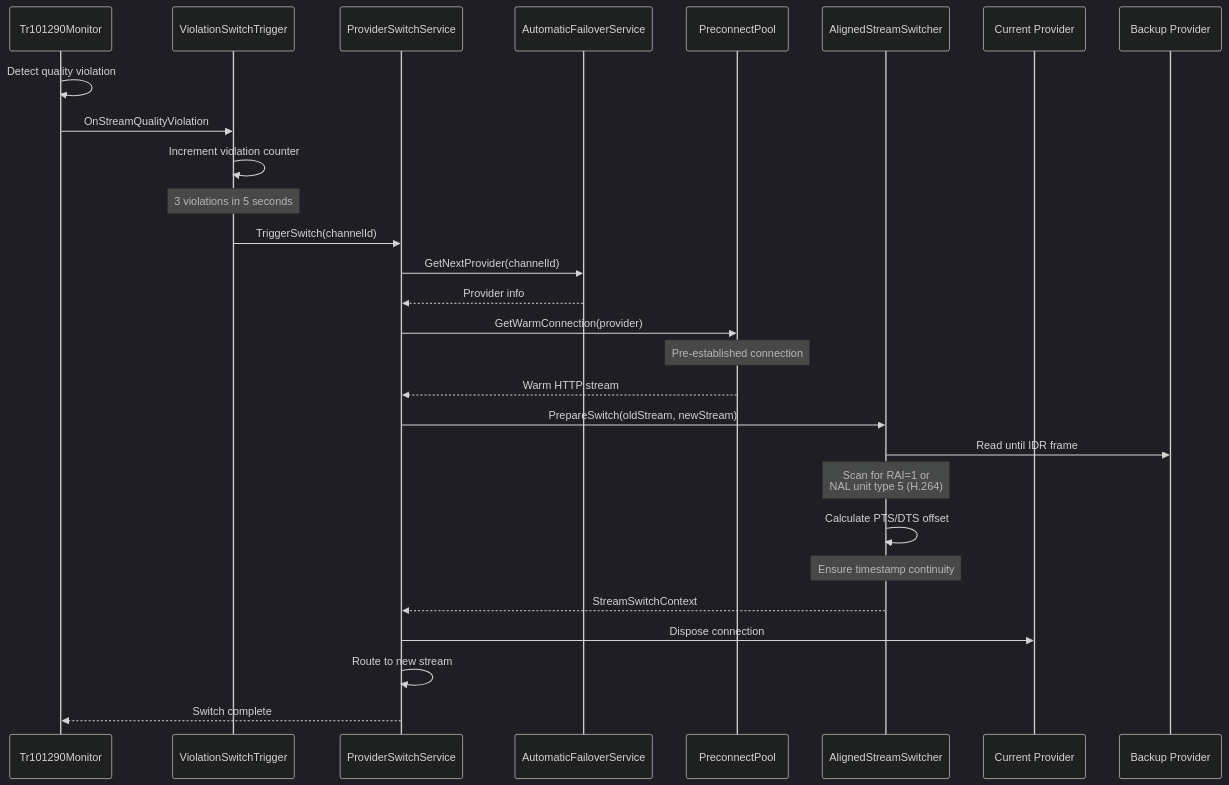
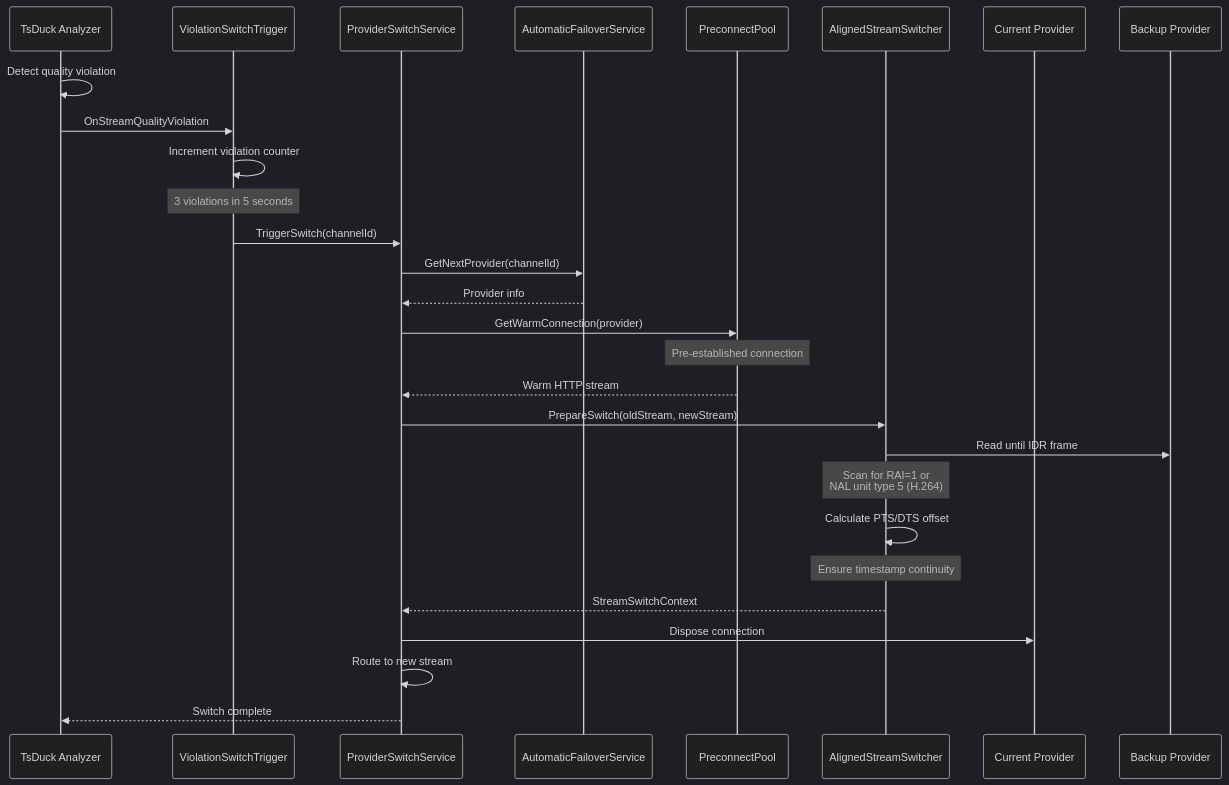
One commit to magyargergo/Jellyfin.Xtream changed the fourth of 11 diagrams in README.md. Above: the diagram before and after it, drawn with Mermaid (dark theme). The commit also changed other lines of this file, not shown here.

Commit message:
docs(readme): update architecture diagrams for TsDuck
Replace Tr101290Monitor references with TsDuck Native Analyzer in architecture
diagrams to reflect the new broadcast-grade TR 101 290 monitoring approach.

````diff
--- a/README.md
+++ b/README.md
@@ -204,41 +204,41 @@
 ```mermaid
 sequenceDiagram
-    participant Mon as Tr101290Monitor
+    participant TsDuck as TsDuck Analyzer
     participant Trig as ViolationSwitchTrigger
     participant Svc as ProviderSwitchService
     participant Fail as AutomaticFailoverService
     participant Pool as PreconnectPool
     participant Align as AlignedStreamSwitcher
     participant Old as Current Provider
     participant New as Backup Provider
 
-    Mon->>Mon: Detect quality violation
-    Mon->>Trig: OnStreamQualityViolation
+    TsDuck->>TsDuck: Detect quality violation
+    TsDuck->>Trig: OnStreamQualityViolation
 
     Trig->>Trig: Increment violation counter
     Note over Trig: 3 violations in 5 seconds
 
     Trig->>Svc: TriggerSwitch(channelId)
 
     Svc->>Fail: GetNextProvider(channelId)
     Fail-->>Svc: Provider info
 
     Svc->>Pool: GetWarmConnection(provider)
     Note over Pool: Pre-established connection
     Pool-->>Svc: Warm HTTP stream
 
     Svc->>Align: PrepareSwitch(oldStream, newStream)
 
     Align->>New: Read until IDR frame
     Note over Align: Scan for RAI=1 or<br/>NAL unit type 5 (H.264)
 
     Align->>Align: Calculate PTS/DTS offset
     Note over Align: Ensure timestamp continuity
 
     Align-->>Svc: StreamSwitchContext
 
     Svc->>Old: Dispose connection
     Svc->>Svc: Route to new stream
 
-    Svc-->>Mon: Switch complete
+    Svc-->>TsDuck: Switch complete
 ```
````
